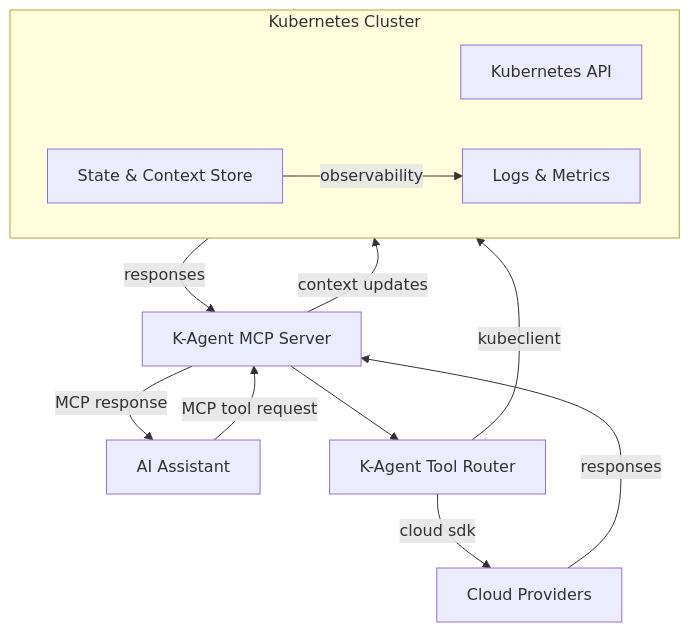
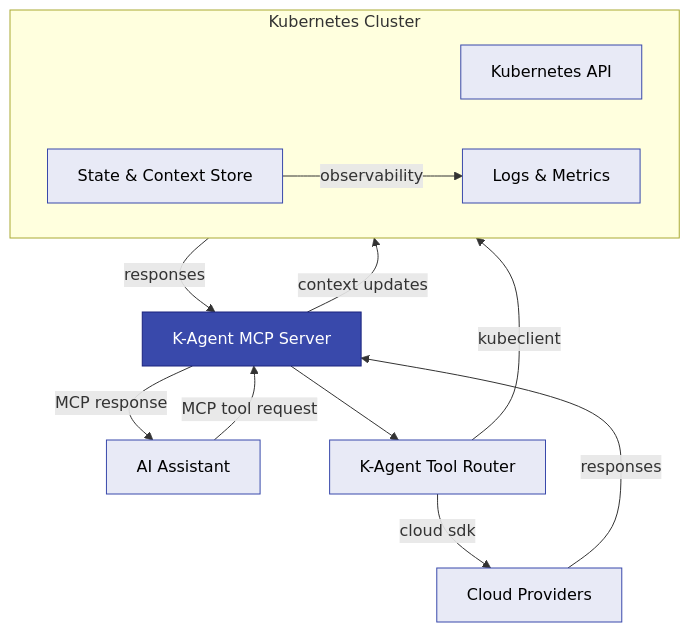
One commit to nirgeier/AI-K8S-MCP changed the second of 3 diagrams in Labs/Lab01-MCP-Fundamentals/lab.md. Above: the diagram before and after it, drawn with Mermaid. The commit also changed other lines of this file and 474 other files, not shown here.

Commit message:
Standardize Mermaid diagram colors to indigo theme and rebuild with submodule flow

````diff
--- a/Labs/Lab01-MCP-Fundamentals/lab.md
+++ b/Labs/Lab01-MCP-Fundamentals/lab.md
@@ -109,18 +123,26 @@
 ```mermaid
 flowchart TD
     assistant[AI Assistant] -->|MCP tool request| kagent[K-Agent MCP Server]
     kagent --> toolRouter[K-Agent Tool Router]
     toolRouter -->|kubeclient| k8s[Kubernetes API]
     toolRouter -->|cloud sdk| clouds[Cloud Providers]
     kagent -->|context updates| datastore[State & Context Store]
     datastore -->|observability| observ[Logs & Metrics]
     k8s -->|responses| kagent
     clouds -->|responses| kagent
     kagent -->|MCP response| assistant
     subgraph cluster [Kubernetes Cluster]
         direction LR
         k8s
         datastore
         observ
     end
+
+    style assistant fill:#E8EAF6,stroke:#3949AB,color:#000
+    style kagent fill:#3949AB,stroke:#1A237E,color:#fff
+    style toolRouter fill:#E8EAF6,stroke:#3949AB,color:#000
+    style k8s fill:#E8EAF6,stroke:#3949AB,color:#000
+    style clouds fill:#E8EAF6,stroke:#3949AB,color:#000
+    style datastore fill:#E8EAF6,stroke:#3949AB,color:#000
+    style observ fill:#E8EAF6,stroke:#3949AB,color:#000
 ```
````
